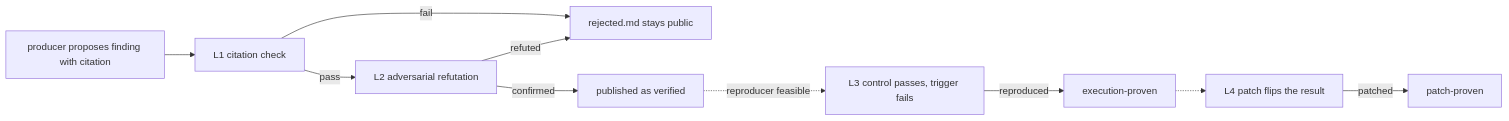
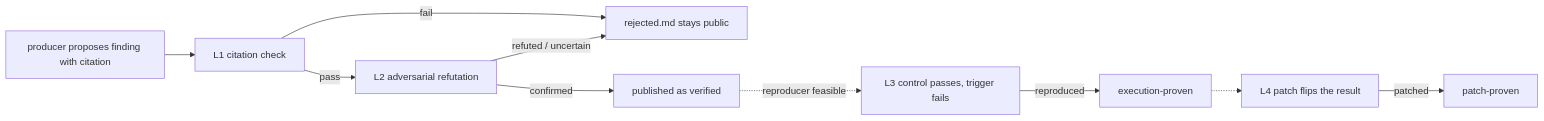
One commit to Gruya13/codeproof changed the diagram in README.md. Above: the diagram before and after it, drawn with Mermaid. The commit also changed other lines of this file, not shown here.

Commit message:
docs: fact-check pass - reviewers are OpenAI codex + Google agy (old F5 'Meta-model' wording was wrong), dual-mode L2 note, calibration marked as tuned set, uncertainty edge in diagram, precise AI-assistance disclosure

````diff
--- a/README.md
+++ b/README.md
@@ -40,12 +40,12 @@
 ```mermaid
 flowchart LR
   A["producer proposes finding with citation"] --> B["L1 citation check"]
   B -- fail --> R["rejected.md stays public"]
   B -- pass --> C["L2 adversarial refutation"]
-  C -- refuted --> R
+  C -- refuted / uncertain --> R
   C -- confirmed --> V["published as verified"]
   V -. reproducer feasible .-> D["L3 control passes, trigger fails"]
   D -- reproduced --> E["execution-proven"]
   E -.-> F["L4 patch flips the result"]
   F -- patched --> P["patch-proven"]
 ```
````
